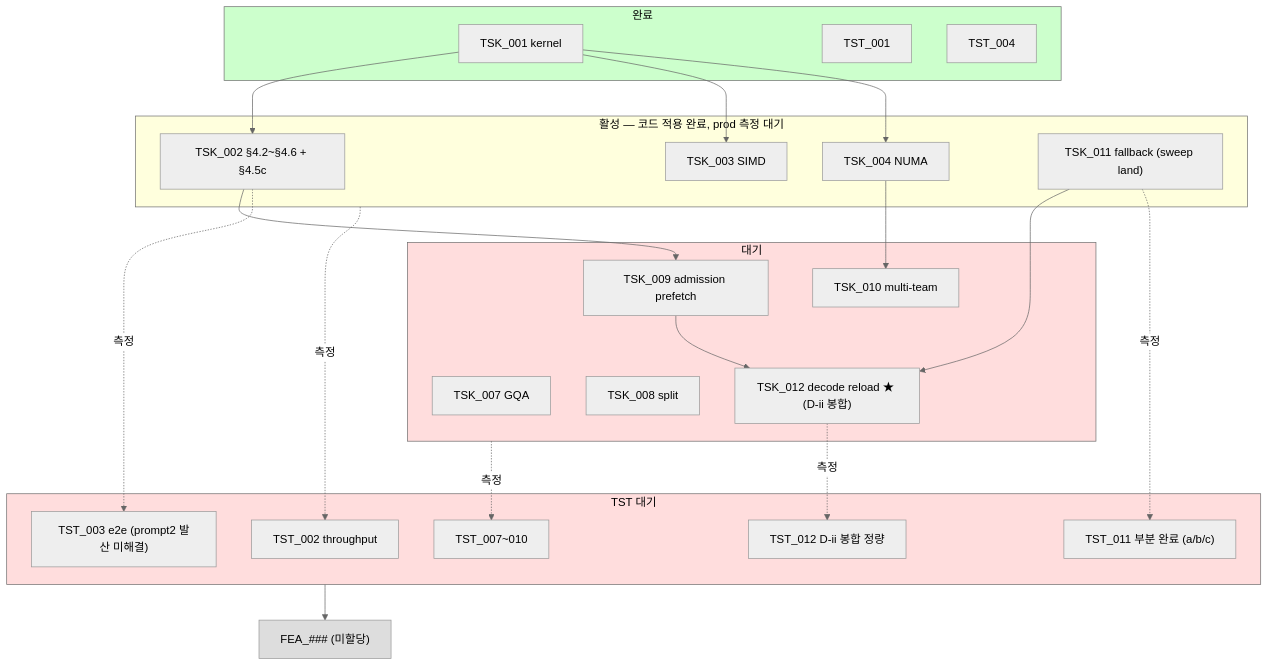
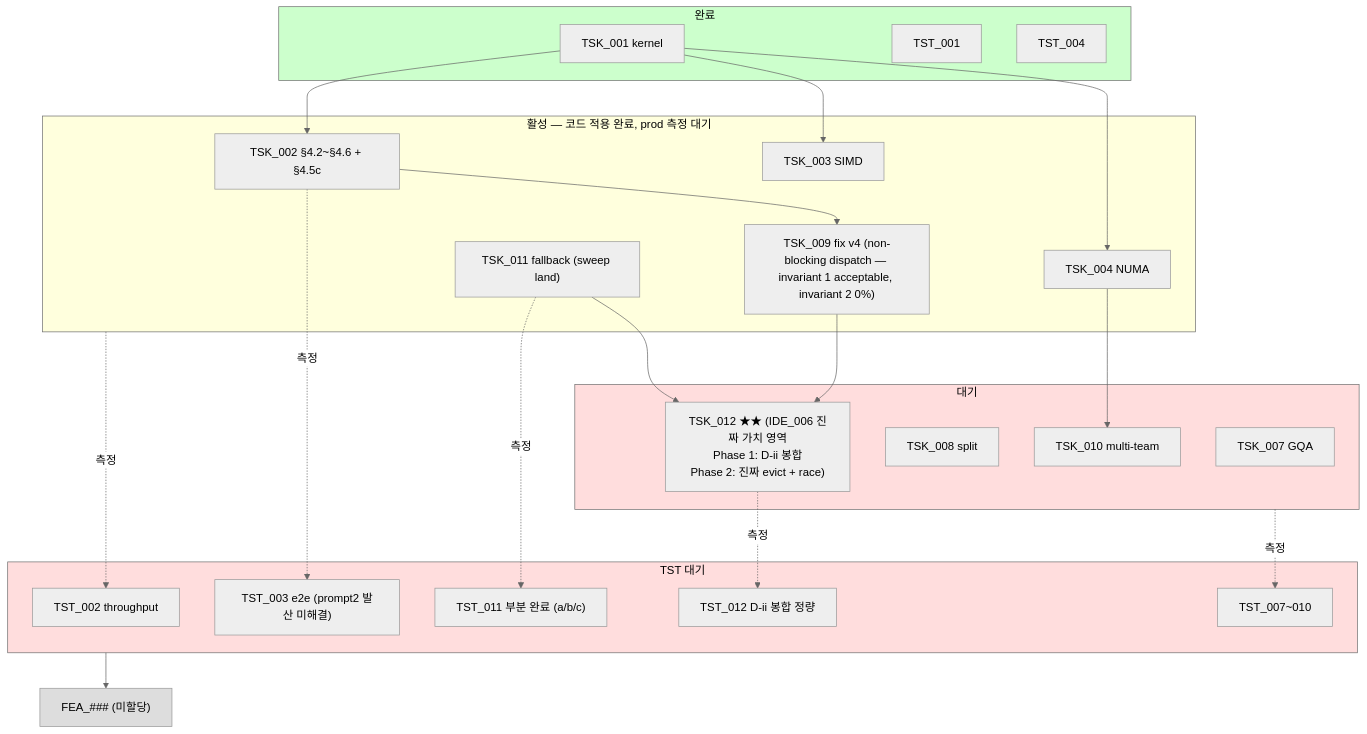
One commit to mystous/vllm_hybrid changed the second of 2 diagrams in shadow_assists/features/IDE_006/README.md. Above: the diagram before and after it, drawn with Mermaid (neutral theme). The commit also changed other lines of this file and 8 other files, not shown here.

First line of the commit message:
docs(IDE_006): TSK_005 기각 + TSK_011/012 의미 재정의 + TST_011/012 본문 최신화

````diff
--- a/shadow_assists/features/IDE_006/README.md
+++ b/shadow_assists/features/IDE_006/README.md
@@ -305,49 +305,49 @@
 ```mermaid
 flowchart TB
     subgraph DONE["완료"]
         T1["TSK_001 kernel"]
         TT1["TST_001"]
         TT4["TST_004"]
     end
     subgraph ACTIVE["활성 — 코드 적용 완료, prod 측정 대기"]
         T2["TSK_002 §4.2~§4.6 + §4.5c"]
         T3["TSK_003 SIMD"]
         T4["TSK_004 NUMA"]
+        T9["TSK_009 fix v4 (non-blocking dispatch — invariant 1 acceptable, invariant 2 0%)"]
         T11["TSK_011 fallback (sweep land)"]
     end
     subgraph WAIT_TSK["대기"]
         T7["TSK_007 GQA"]
         T8["TSK_008 split"]
-        T9["TSK_009 admission prefetch"]
         T10["TSK_010 multi-team"]
-        T12["TSK_012 decode reload ★ (D-ii 봉합)"]
+        T12["TSK_012 ★★ (IDE_006 진짜 가치 영역<br/>Phase 1: D-ii 봉합<br/>Phase 2: 진짜 evict + race)"]
     end
     subgraph WAIT_TST["TST 대기"]
         TT2["TST_002 throughput"]
         TT3["TST_003 e2e (prompt2 발산 미해결)"]
         TT11["TST_011 부분 완료 (a/b/c)"]
         TT12["TST_012 D-ii 봉합 정량"]
         TT_OTHER["TST_007~010"]
     end
     FEA["FEA_### (미할당)"]
 
     T1 --> T2
     T1 --> T3
     T1 --> T4
     T2 --> T9
     T4 --> T10
     T11 --> T12
     T9 --> T12
     ACTIVE -.측정.-> TT2
     T2 -.측정.-> TT3
     T11 -.측정.-> TT11
     T12 -.측정.-> TT12
     WAIT_TSK -.측정.-> TT_OTHER
     WAIT_TST --> FEA
 
     style DONE fill:#cfc,color:#000
     style ACTIVE fill:#ffd,color:#000
     style WAIT_TSK fill:#fdd,color:#000
     style WAIT_TST fill:#fdd,color:#000
     style FEA fill:#ddd,color:#000
 ```
````
